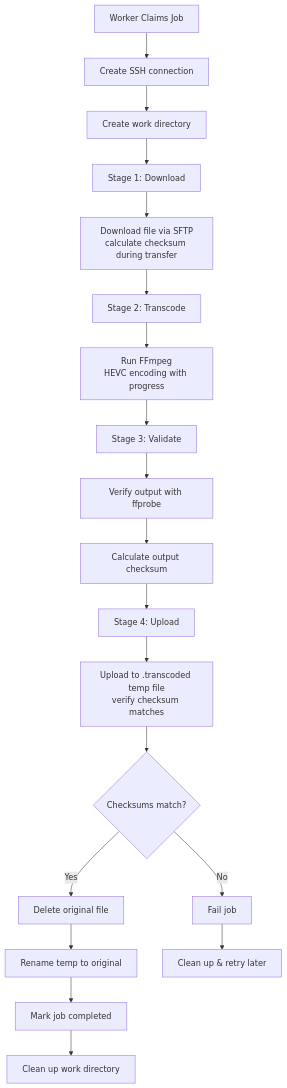
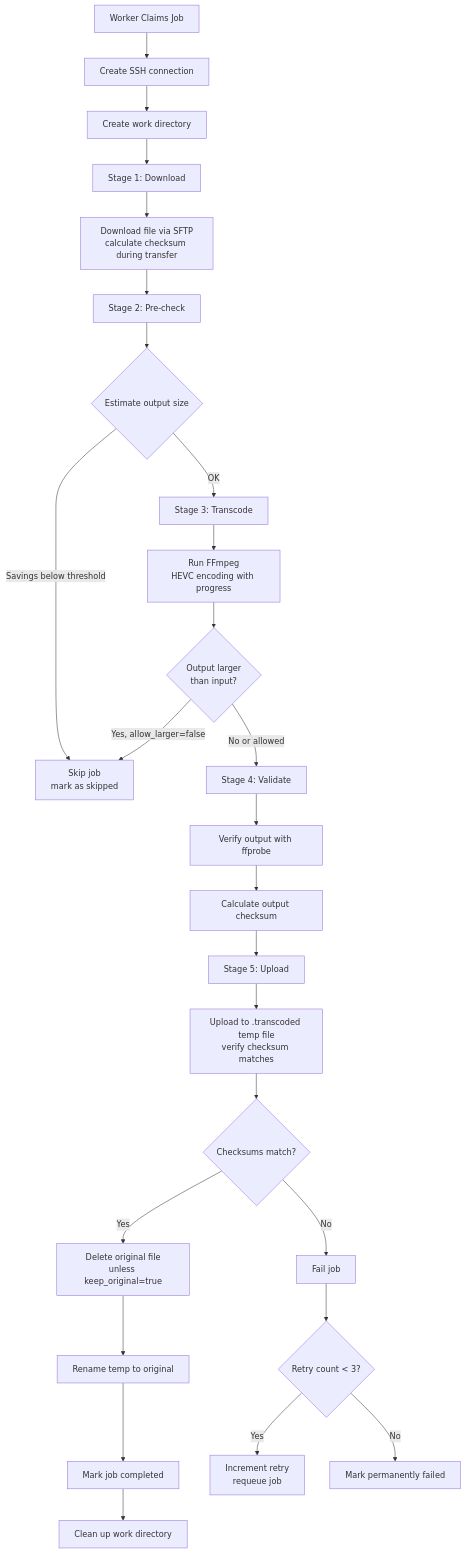
One commit to juanitoe/transcoder changed the fourth of 4 diagrams in docs/ARCHITECTURE.md. Above: the diagram before and after it, drawn with Mermaid. The commit also changed other lines of this file, not shown here.

First line of the commit message:
Update ARCHITECTURE.md with current features

````diff
--- a/docs/ARCHITECTURE.md
+++ b/docs/ARCHITECTURE.md
@@ -303,29 +303,38 @@
 ```mermaid
 flowchart TD
     A[Worker Claims Job] --> B[Create SSH connection]
     B --> C[Create work directory]
 
     C --> D[Stage 1: Download]
     D --> E[Download file via SFTP<br/>calculate checksum during transfer]
 
-    E --> F[Stage 2: Transcode]
-    F --> G[Run FFmpeg<br/>HEVC encoding with progress]
+    E --> F[Stage 2: Pre-check]
+    F --> G{Estimate output size}
+    G -->|Savings below threshold| H[Skip job<br/>mark as skipped]
+    G -->|OK| I[Stage 3: Transcode]
 
-    G --> H[Stage 3: Validate]
-    H --> I[Verify output with ffprobe]
-    I --> J[Calculate output checksum]
+    I --> J[Run FFmpeg<br/>HEVC encoding with progress]
 
-    J --> K[Stage 4: Upload]
-    K --> L[Upload to .transcoded temp file<br/>verify checksum matches]
+    J --> K{Output larger<br/>than input?}
+    K -->|Yes, allow_larger=false| H
+    K -->|No or allowed| L[Stage 4: Validate]
 
-    L --> M{Checksums match?}
-    M -->|No| N[Fail job]
+    L --> M[Verify output with ffprobe]
+    M --> N[Calculate output checksum]
 
-    M -->|Yes| O[Delete original file]
-    O --> P[Rename temp to original]
+    N --> O[Stage 5: Upload]
+    O --> P[Upload to .transcoded temp file<br/>verify checksum matches]
 
-    P --> Q[Mark job completed]
-    Q --> R[Clean up work directory]
+    P --> Q{Checksums match?}
+    Q -->|No| R[Fail job]
 
-    N --> S[Clean up & retry later]
+    Q -->|Yes| S[Delete original file<br/>unless keep_original=true]
+    S --> T[Rename temp to original]
+
+    T --> U[Mark job completed]
+    U --> V[Clean up work directory]
+
+    R --> W{Retry count < 3?}
+    W -->|Yes| X[Increment retry<br/>requeue job]
+    W -->|No| Y[Mark permanently failed]
 ```
````
